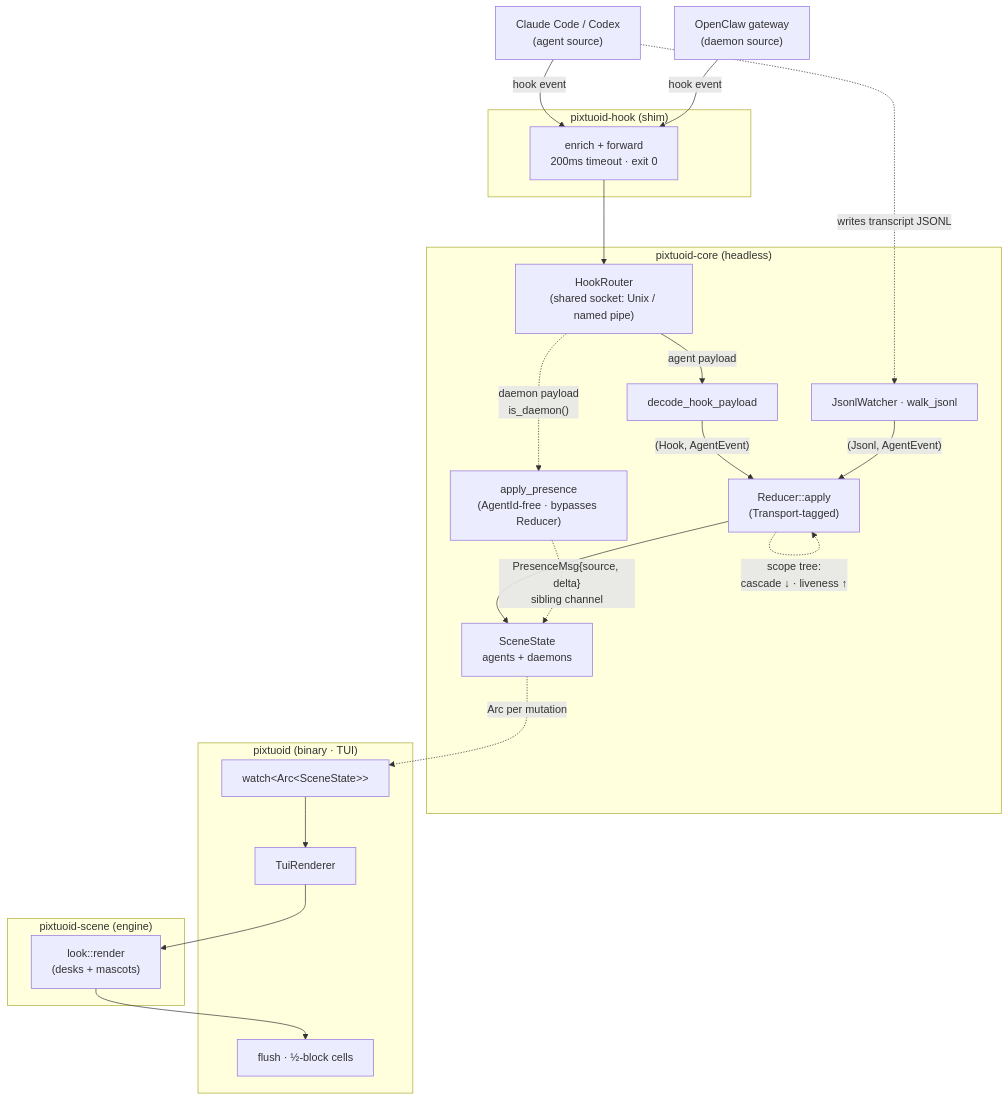
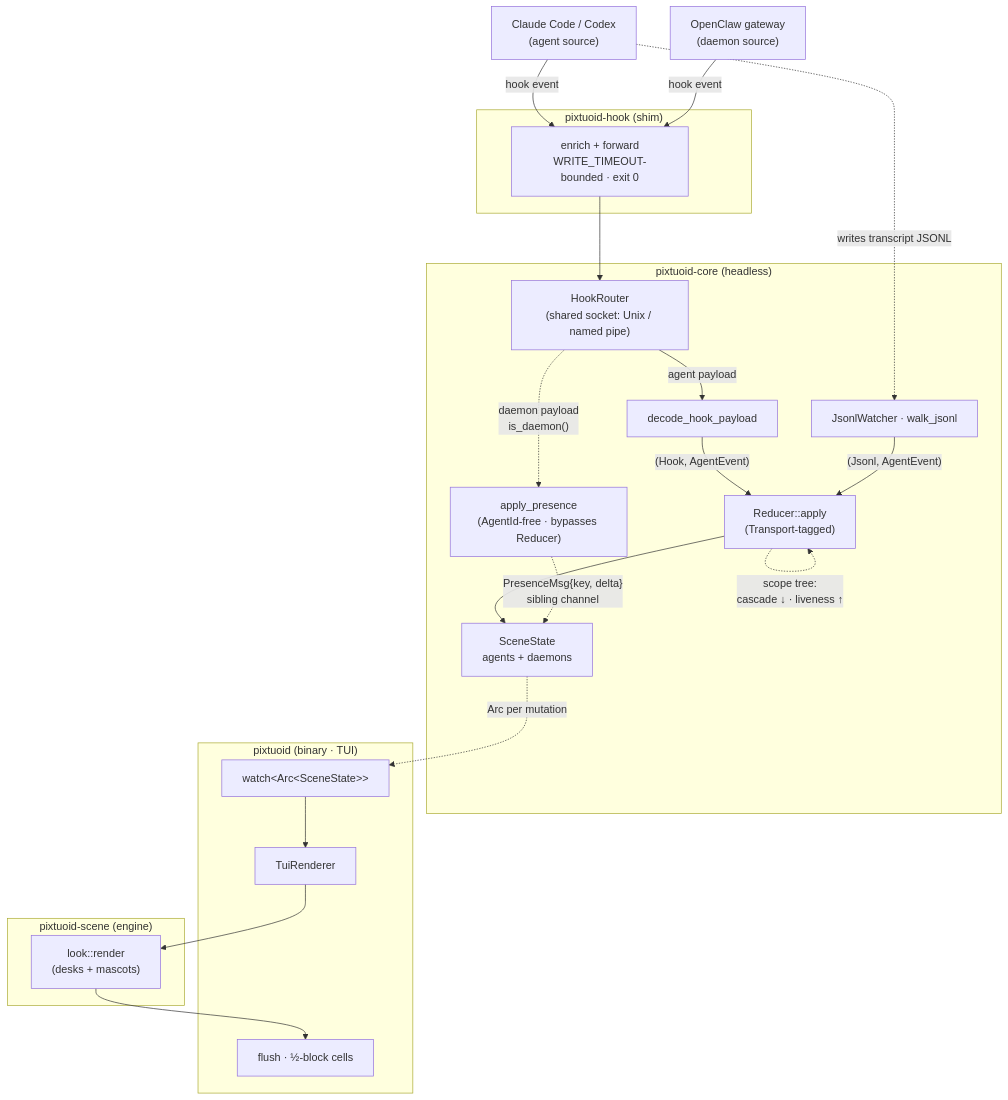
One commit to IvanWng97/pixtuoid changed the diagram in docs/ARCHITECTURE.md. Above: the diagram before and after it, drawn with Mermaid. The commit also changed other lines of this file and 14 other files, not shown here.

````diff
--- a/docs/ARCHITECTURE.md
+++ b/docs/ARCHITECTURE.md
@@ -47,45 +47,45 @@
 ```mermaid
 flowchart TB
   accTitle: pixtuoid data flow
   accDescr: A hook or transcript event flows from a coding agent (Claude Code, Codex) through the pixtuoid-hook shim into pixtuoid-core, where a HookRouter demuxes agent payloads to the Transport-tagged reducer and SceneState.agents. A daemon gateway (OpenClaw) shares the same shim and socket but is routed instead to apply_presence and SceneState.daemons over a sibling channel that bypasses the reducer. The pixtuoid TUI renderer then paints the whole scene through the pixtuoid-scene engine's terminal-agnostic pixel pass and a half-block flush.
   CC["Claude Code / Codex<br/>(agent source)"]
   OC["OpenClaw gateway<br/>(daemon source)"]
 
   subgraph hook["pixtuoid-hook (shim)"]
-    SH["enrich + forward<br/>200ms timeout · exit 0"]
+    SH["enrich + forward<br/>WRITE_TIMEOUT-bounded · exit 0"]
   end
 
   subgraph core["pixtuoid-core (headless)"]
     L["HookRouter<br/>(shared socket: Unix / named pipe)"]
     D["decode_hook_payload"]
     J["JsonlWatcher · walk_jsonl"]
     R["Reducer::apply<br/>(Transport-tagged)"]
     AP["apply_presence<br/>(AgentId-free · bypasses Reducer)"]
     S["SceneState<br/>agents + daemons"]
     L -->|agent payload| D
     L -.->|"daemon payload<br/>is_daemon()"| AP
     D -->|"(Hook, AgentEvent)"| R
     J -->|"(Jsonl, AgentEvent)"| R
     R --> S
-    AP -.->|"PresenceMsg{source, delta}<br/>sibling channel"| S
+    AP -.->|"PresenceMsg{key, delta}<br/>sibling channel"| S
     R -.->|"scope tree:<br/>cascade ↓ · liveness ↑"| R
   end
 
   subgraph bin["pixtuoid (binary · TUI)"]
     W["watch&lt;Arc&lt;SceneState&gt;&gt;"]
     TR["TuiRenderer"]
     FL["flush · ½-block cells"]
   end
 
   subgraph scene["pixtuoid-scene (engine)"]
     PX["look::render<br/>(desks + mascots)"]
   end
 
   W --> TR --> PX --> FL
 
   CC -->|hook event| SH
   OC -->|hook event| SH
   SH --> L
   CC -.->|writes transcript JSONL| J
   S -. Arc per mutation .-> W
 ```
````
